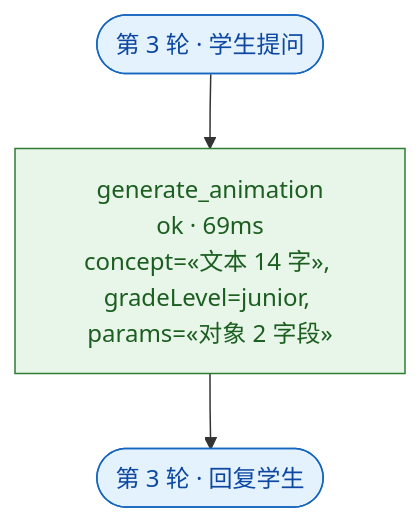
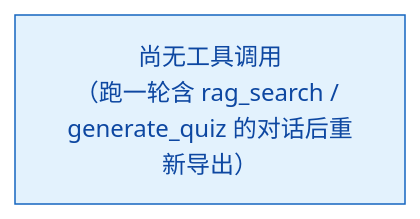
One commit to IceFireIcer/K12AgentProject changed the diagram in docs/tool-trace.md. Above: the diagram before and after it, drawn with Mermaid. The commit also changed other lines of this file and 3 other files, not shown here.

````diff
--- a/docs/tool-trace.md
+++ b/docs/tool-trace.md
@@ -11,13 +11,11 @@
 ```mermaid
 flowchart TD
   %% 由 desktop/src/main/agent/trace.ts 自动生成，请勿手改
-  %% 生成时间：2026-09-22T02:32:21.436Z｜轮数：3｜调用：1 次
+  %% 生成时间：2026-09-22T03:18:09.082Z｜轮数：0｜调用：0 次
   %% 参数只记摘要（不含原文 / 密钥 / 学生个人信息）
   classDef turn fill:#e3f2fd,stroke:#1565c0,stroke-width:1px,color:#0d47a1
   classDef ok fill:#e8f5e9,stroke:#2e7d32,stroke-width:1px,color:#1b5e20
   classDef fail fill:#ffebee,stroke:#c62828,stroke-width:1px,color:#b71c1c
   classDef blocked fill:#fff8e1,stroke:#f9a825,stroke-width:1px,color:#795548
-  T3_START(["第 3 轮 · 学生提问"]):::turn
-  T3_START --> T3_C_1["generate_animation<br/>ok · 69ms<br/>concept=«文本 14 字», gradeLevel=junior, params=«对象 2 字段»"]:::ok
-  T3_C_1 --> T3_END(["第 3 轮 · 回复学生"]):::turn
+  EMPTY["尚无工具调用<br/>（跑一轮含 rag_search / generate_quiz 的对话后重新导出）"]:::turn
 ```
````
